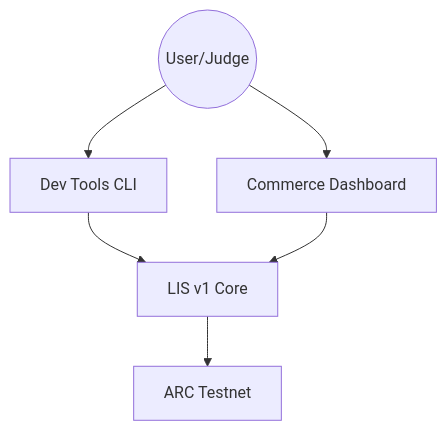
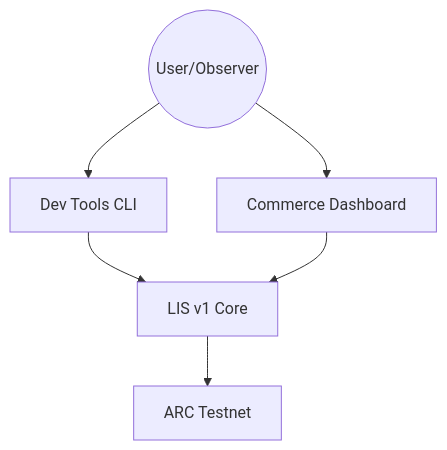
Before and after one commit to angledsapiens/Agentic-Economy: the diagram in README.md, drawn with Mermaid. The commit also changed other lines of this file and 2 other files, not shown here.

Commit message:
chore: final polish (archive devcontainer & sanitize docs)

````diff
--- a/README.md
+++ b/README.md
@@ -14,14 +14,14 @@
 ```mermaid
 graph TD
-    User((User/Judge))
+    User((User/Observer))
     CLI[Dev Tools CLI]
     App[Commerce Dashboard]
     Core[LIS v1 Core]
     ARC[ARC Testnet]
 
     User --> CLI
     User --> App
     CLI --> Core
     App --> Core
     Core --> ARC
 ```
````
